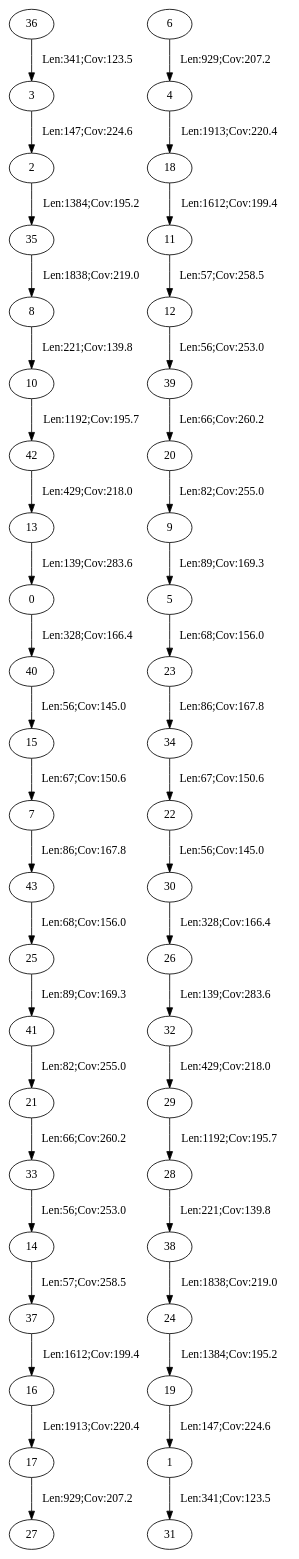
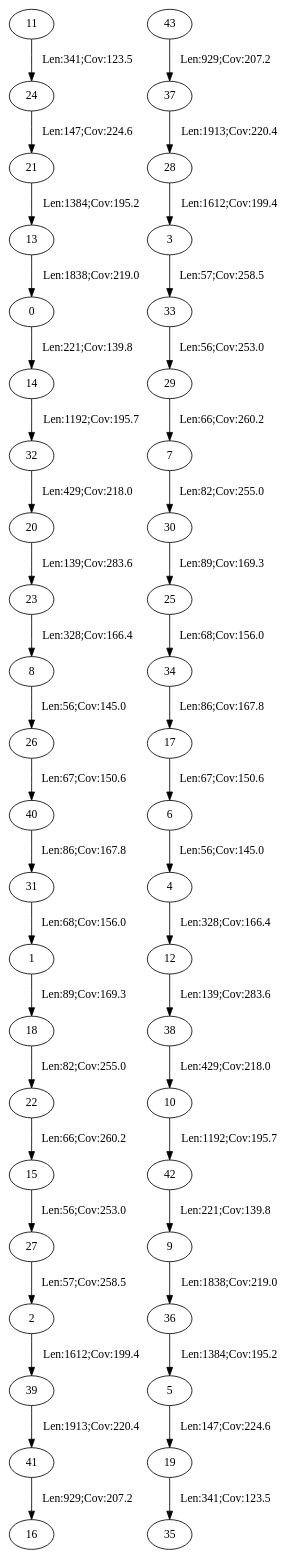
Before and after one commit to ovavulov/BI_NGS21_HW: the diagram in hw_5/results_M/notips/graph_notips.dot, drawn with Graphviz. The commit also changed 52 other files, not shown here.

```diff
--- a/hw_5/results_M/notips/graph_notips.dot
+++ b/hw_5/results_M/notips/graph_notips.dot
@@ -1,88 +1,88 @@
 digraph {
 0;
 1;
 2;
 3;
 4;
 5;
 6;
 7;
 8;
 9;
 10;
 11;
 12;
 13;
 14;
 15;
 16;
 17;
 18;
 19;
 20;
 21;
 22;
 23;
 24;
 25;
 26;
 27;
 28;
 29;
 30;
 31;
 32;
 33;
 34;
 35;
 36;
 37;
 38;
 39;
 40;
 41;
 42;
 43;
-22 -> 30 [label="Len:56;Cov:145.0"];
-40 -> 15 [label="Len:56;Cov:145.0"];
-12 -> 39 [label="Len:56;Cov:253.0"];
-33 -> 14 [label="Len:56;Cov:253.0"];
-14 -> 37 [label="Len:57;Cov:258.5"];
-20 -> 9 [label="Len:82;Cov:255.0"];
-9 -> 5 [label="Len:89;Cov:169.3"];
-11 -> 12 [label="Len:57;Cov:258.5"];
-23 -> 34 [label="Len:86;Cov:167.8"];
-19 -> 1 [label="Len:147;Cov:224.6"];
-41 -> 21 [label="Len:82;Cov:255.0"];
-43 -> 25 [label="Len:68;Cov:156.0"];
-39 -> 20 [label="Len:66;Cov:260.2"];
-15 -> 7 [label="Len:67;Cov:150.6"];
-25 -> 41 [label="Len:89;Cov:169.3"];
-13 -> 0 [label="Len:139;Cov:283.6"];
-21 -> 33 [label="Len:66;Cov:260.2"];
-34 -> 22 [label="Len:67;Cov:150.6"];
-8 -> 10 [label="Len:221;Cov:139.8"];
-28 -> 38 [label="Len:221;Cov:139.8"];
-26 -> 32 [label="Len:139;Cov:283.6"];
-7 -> 43 [label="Len:86;Cov:167.8"];
+6 -> 4 [label="Len:56;Cov:145.0"];
+8 -> 26 [label="Len:56;Cov:145.0"];
+33 -> 29 [label="Len:56;Cov:253.0"];
+15 -> 27 [label="Len:56;Cov:253.0"];
+27 -> 2 [label="Len:57;Cov:258.5"];
+3 -> 33 [label="Len:57;Cov:258.5"];
+29 -> 7 [label="Len:66;Cov:260.2"];
+31 -> 1 [label="Len:68;Cov:156.0"];
+18 -> 22 [label="Len:82;Cov:255.0"];
+40 -> 31 [label="Len:86;Cov:167.8"];
+17 -> 6 [label="Len:67;Cov:150.6"];
+25 -> 34 [label="Len:68;Cov:156.0"];
+34 -> 17 [label="Len:86;Cov:167.8"];
+7 -> 30 [label="Len:82;Cov:255.0"];
+20 -> 23 [label="Len:139;Cov:283.6"];
+30 -> 25 [label="Len:89;Cov:169.3"];
+26 -> 40 [label="Len:67;Cov:150.6"];
+22 -> 15 [label="Len:66;Cov:260.2"];
+0 -> 14 [label="Len:221;Cov:139.8"];
+1 -> 18 [label="Len:89;Cov:169.3"];
+5 -> 19 [label="Len:147;Cov:224.6"];
+24 -> 21 [label="Len:147;Cov:224.6"];
+42 -> 9 [label="Len:221;Cov:139.8"];
+4 -> 12 [label="Len:328;Cov:166.4"];
+32 -> 20 [label="Len:429;Cov:218.0"];
+12 -> 38 [label="Len:139;Cov:283.6"];
+41 -> 16 [label="Len:929;Cov:207.2"];
+23 -> 8 [label="Len:328;Cov:166.4"];
 10 -> 42 [label="Len:1192;Cov:195.7"];
-32 -> 29 [label="Len:429;Cov:218.0"];
-3 -> 2 [label="Len:147;Cov:224.6"];
-5 -> 23 [label="Len:68;Cov:156.0"];
-17 -> 27 [label="Len:929;Cov:207.2"];
-0 -> 40 [label="Len:328;Cov:166.4"];
-2 -> 35 [label="Len:1384;Cov:195.2"];
-4 -> 18 [label="Len:1913;Cov:220.4"];
-16 -> 17 [label="Len:1913;Cov:220.4"];
-36 -> 3 [label="Len:341;Cov:123.5"];
-29 -> 28 [label="Len:1192;Cov:195.7"];
-1 -> 31 [label="Len:341;Cov:123.5"];
-30 -> 26 [label="Len:328;Cov:166.4"];
-37 -> 16 [label="Len:1612;Cov:199.4"];
-42 -> 13 [label="Len:429;Cov:218.0"];
-18 -> 11 [label="Len:1612;Cov:199.4"];
-24 -> 19 [label="Len:1384;Cov:195.2"];
-38 -> 24 [label="Len:1838;Cov:219.0"];
-35 -> 8 [label="Len:1838;Cov:219.0"];
-6 -> 4 [label="Len:929;Cov:207.2"];
+28 -> 3 [label="Len:1612;Cov:199.4"];
+38 -> 10 [label="Len:429;Cov:218.0"];
+43 -> 37 [label="Len:929;Cov:207.2"];
+11 -> 24 [label="Len:341;Cov:123.5"];
+14 -> 32 [label="Len:1192;Cov:195.7"];
+13 -> 0 [label="Len:1838;Cov:219.0"];
+2 -> 39 [label="Len:1612;Cov:199.4"];
+9 -> 36 [label="Len:1838;Cov:219.0"];
+36 -> 5 [label="Len:1384;Cov:195.2"];
+21 -> 13 [label="Len:1384;Cov:195.2"];
+19 -> 35 [label="Len:341;Cov:123.5"];
+39 -> 41 [label="Len:1913;Cov:220.4"];
+37 -> 28 [label="Len:1913;Cov:220.4"];
 }
```
